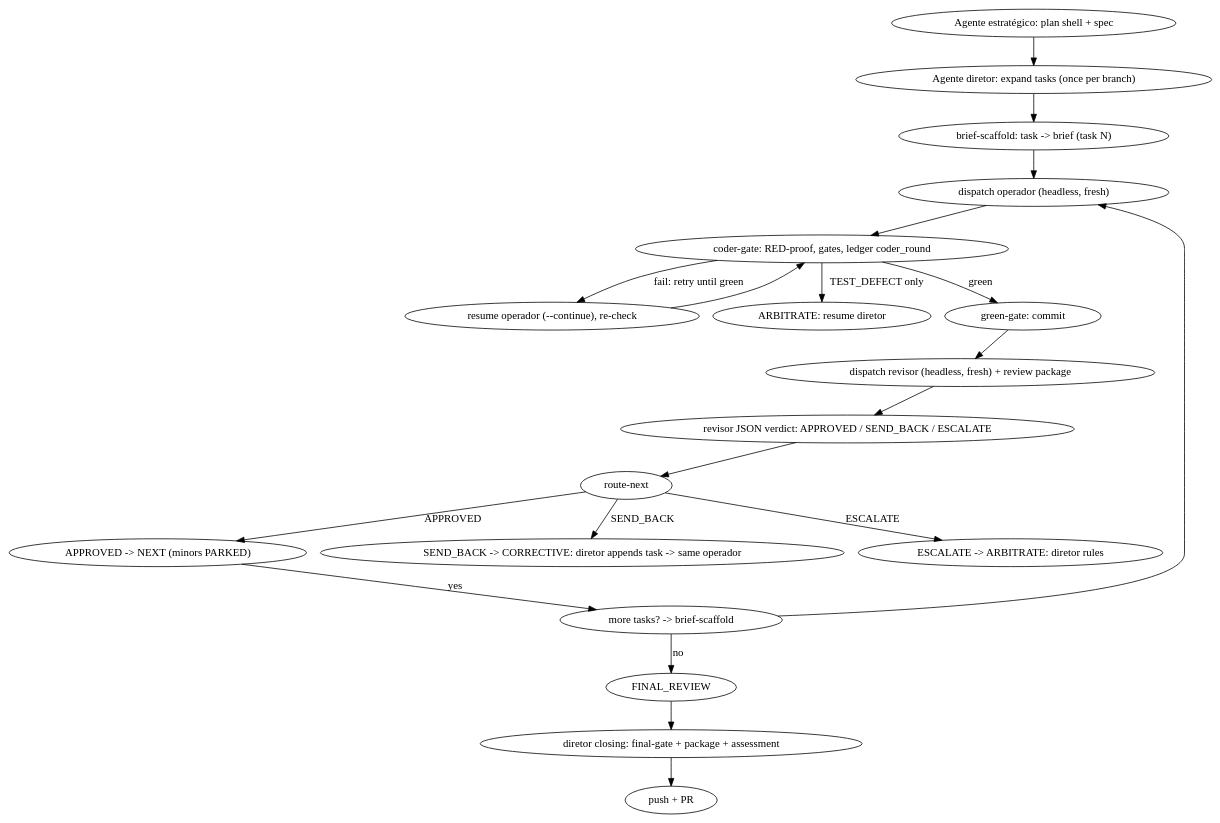
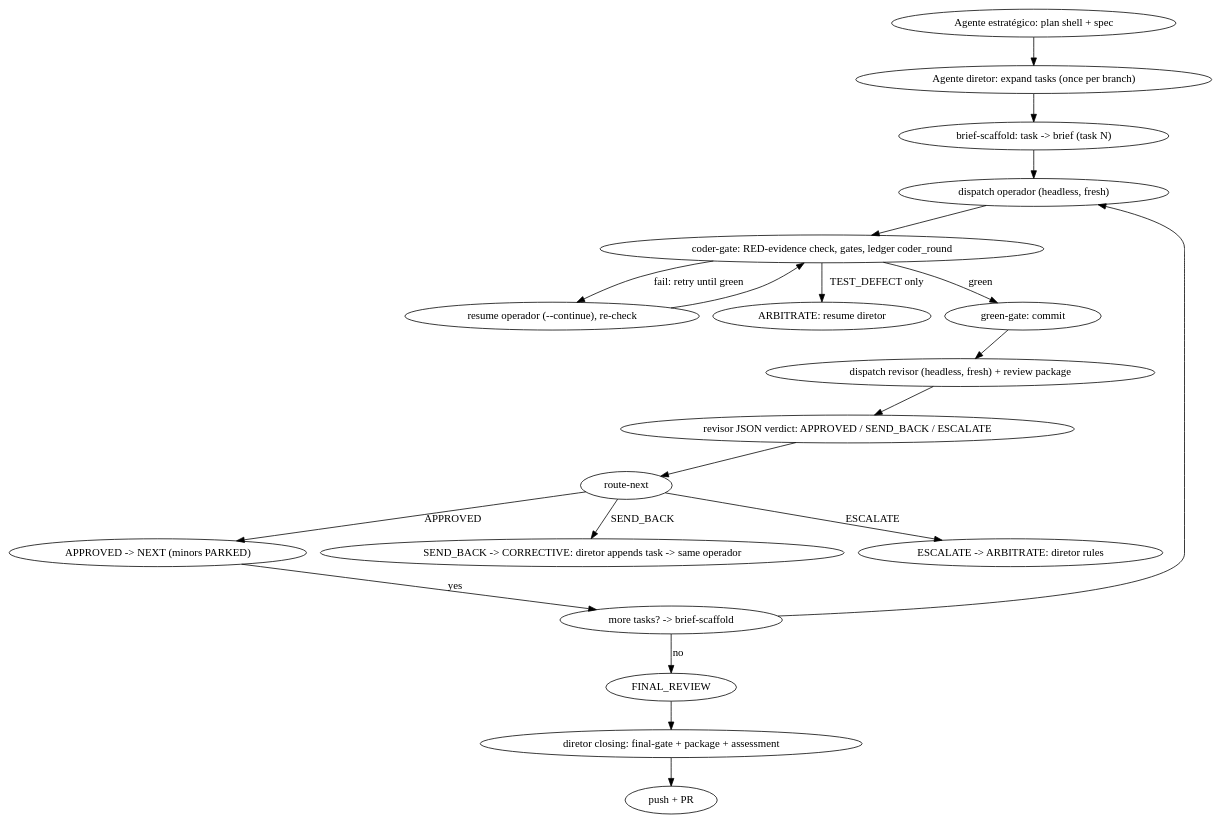
The diagram in skills/two-model-sdd-pipeline/SKILL.md (CarlosMonteiroNeto/superpowers-two-model-pipeline), drawn with Graphviz before and after one commit. The commit also changed other lines of this file and 23 other files, not shown here.

Commit message:
feat(pipeline): coder owns RED/GREEN loop; script checks RED evidence then approves green (ADR-0007)

````diff
--- a/skills/two-model-sdd-pipeline/SKILL.md
+++ b/skills/two-model-sdd-pipeline/SKILL.md
@@ -285,24 +292,24 @@
 ```dot
 digraph pipeline {
     rankdir=TB;
     "Agente estratégico: plan shell + spec" -> "Agente diretor: expand tasks (once per branch)";
     "Agente diretor: expand tasks (once per branch)" -> "brief-scaffold: task -> brief (task N)";
     "brief-scaffold: task -> brief (task N)" -> "dispatch operador (headless, fresh)";
-    "dispatch operador (headless, fresh)" -> "coder-gate: RED-proof, gates, ledger coder_round";
-    "coder-gate: RED-proof, gates, ledger coder_round" -> "resume operador (--continue), re-check" [label="fail: retry until green"];
-    "resume operador (--continue), re-check" -> "coder-gate: RED-proof, gates, ledger coder_round";
-    "coder-gate: RED-proof, gates, ledger coder_round" -> "ARBITRATE: resume diretor" [label="TEST_DEFECT only"];
-    "coder-gate: RED-proof, gates, ledger coder_round" -> "green-gate: commit" [label="green"];
+    "dispatch operador (headless, fresh)" -> "coder-gate: RED-evidence check, gates, ledger coder_round";
+    "coder-gate: RED-evidence check, gates, ledger coder_round" -> "resume operador (--continue), re-check" [label="fail: retry until green"];
+    "resume operador (--continue), re-check" -> "coder-gate: RED-evidence check, gates, ledger coder_round";
+    "coder-gate: RED-evidence check, gates, ledger coder_round" -> "ARBITRATE: resume diretor" [label="TEST_DEFECT only"];
+    "coder-gate: RED-evidence check, gates, ledger coder_round" -> "green-gate: commit" [label="green"];
     "green-gate: commit" -> "dispatch revisor (headless, fresh) + review package";
     "dispatch revisor (headless, fresh) + review package" -> "revisor JSON verdict: APPROVED / SEND_BACK / ESCALATE";
     "revisor JSON verdict: APPROVED / SEND_BACK / ESCALATE" -> "route-next";
     "route-next" -> "APPROVED -> NEXT (minors PARKED)" [label="APPROVED"];
     "route-next" -> "SEND_BACK -> CORRECTIVE: diretor appends task -> same operador" [label="SEND_BACK"];
     "route-next" -> "ESCALATE -> ARBITRATE: diretor rules" [label="ESCALATE"];
     "APPROVED -> NEXT (minors PARKED)" -> "more tasks? -> brief-scaffold" [label="yes"];
     "more tasks? -> brief-scaffold" -> "dispatch operador (headless, fresh)";
     "more tasks? -> brief-scaffold" -> "FINAL_REVIEW" [label="no"];
     "FINAL_REVIEW" -> "diretor closing: final-gate + package + assessment";
     "diretor closing: final-gate + package + assessment" -> "push + PR";
 }
 ```
````
